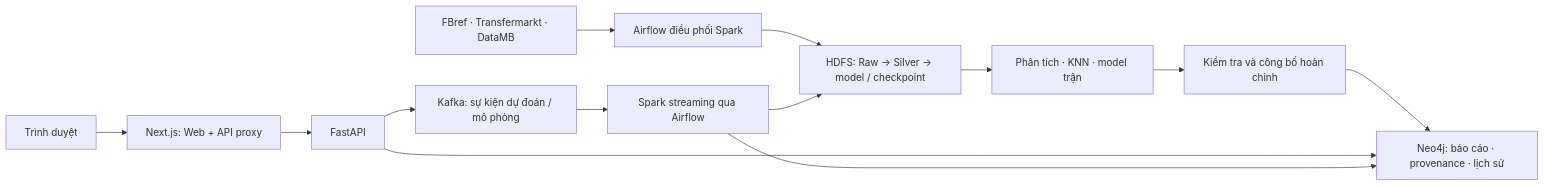
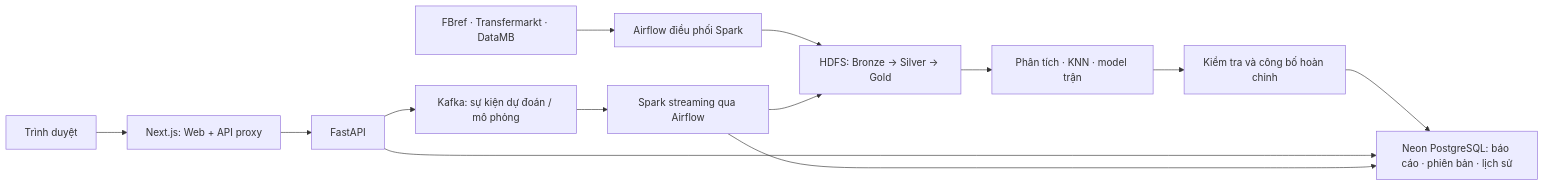
Before and after one commit to DuyLinh0212/Premier-League-Analyst-22-25: the diagram in README.md, drawn with Mermaid. The commit also changed other lines of this file and 22 other files, not shown here.

Commit message:
Add HDFS Airflow pipeline and Neon analytics publication

````diff
--- a/README.md
+++ b/README.md
@@ -7,15 +7,15 @@
 ```mermaid
 flowchart LR
     Sources["FBref · Transfermarkt · DataMB"] --> Pipeline["Airflow điều phối Spark"]
-    Pipeline --> Lake["HDFS: Raw → Silver → model / checkpoint"]
+    Pipeline --> Lake["HDFS: Bronze → Silver → Gold"]
     Lake --> Analysis["Phân tích · KNN · model trận"]
     Analysis --> Publish["Kiểm tra và công bố hoàn chỉnh"]
-    Publish --> DB["Neo4j: báo cáo · provenance · lịch sử"]
+    Publish --> DB["Neon PostgreSQL: báo cáo · phiên bản · lịch sử"]
     Browser["Trình duyệt"] --> Web["Next.js: Web + API proxy"]
     Web --> API["FastAPI"]
     API --> DB
     API --> Kafka["Kafka: sự kiện dự đoán / mô phỏng"]
     Kafka --> Stream["Spark streaming qua Airflow"]
     Stream --> Lake
     Stream --> DB
 ```
````
